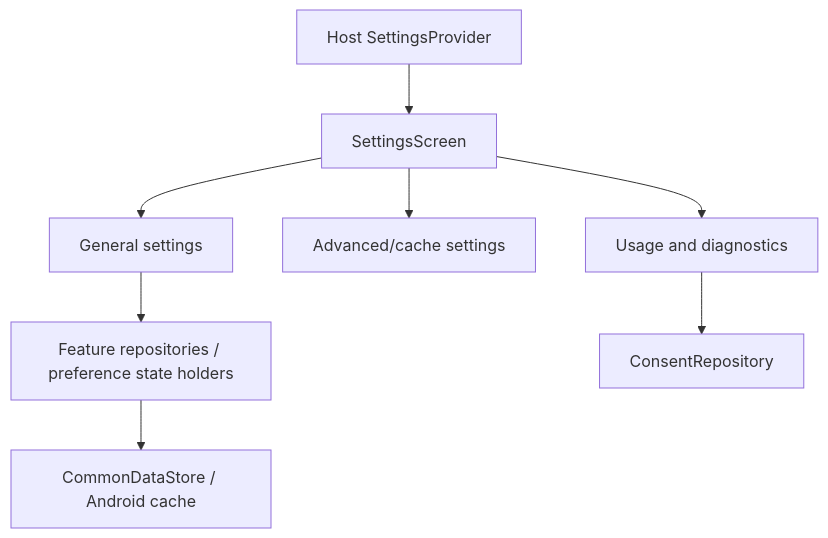
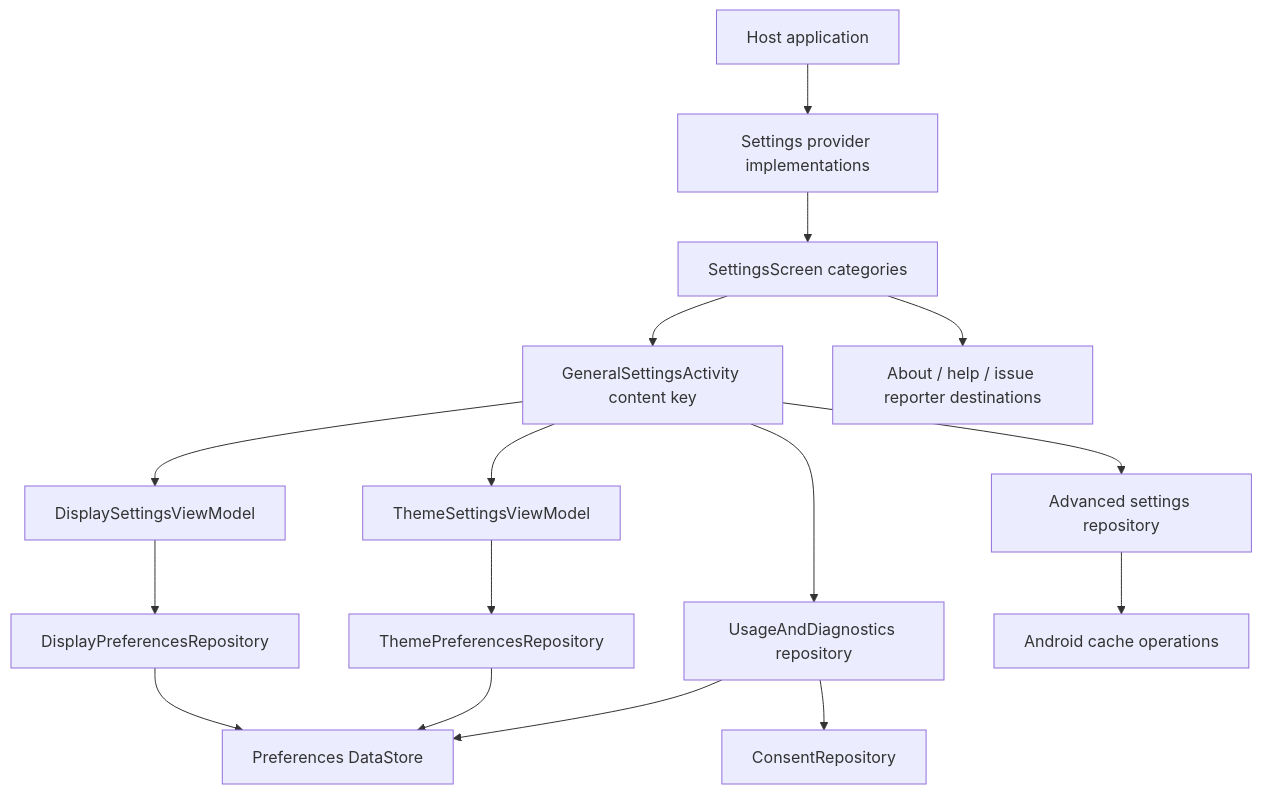
The diagram in library/feature/settings/README.md (MihaiCristianCondrea/App-Toolkit-for-Android), drawn with Mermaid before and after one commit. The commit also changed other lines of this file and 57 other files, not shown here.

````diff
--- a/library/feature/settings/README.md
+++ b/library/feature/settings/README.md
@@ -44,10 +44,18 @@
 ```mermaid
 flowchart TD
-    Provider[Host SettingsProvider] --> Root[SettingsScreen]
-    Root --> General[General settings]
-    Root --> Advanced[Advanced/cache settings]
-    Root --> Diagnostics[Usage and diagnostics]
-    General --> Repos[Feature repositories / preference state holders]
+    Host[Host application] --> Providers[Settings provider implementations]
+    Providers --> Root[SettingsScreen categories]
+    Root --> General[GeneralSettingsActivity content key]
+    General --> Display[DisplaySettingsViewModel]
+    General --> Theme[ThemeSettingsViewModel]
+    General --> Advanced[Advanced settings repository]
+    General --> Diagnostics[UsageAndDiagnostics repository]
+    Display --> DisplayRepo[DisplayPreferencesRepository]
+    Theme --> ThemeRepo[ThemePreferencesRepository]
+    DisplayRepo --> Store[Preferences DataStore]
+    ThemeRepo --> Store
+    Advanced --> Cache[Android cache operations]
+    Diagnostics --> Store
     Diagnostics --> Consent[ConsentRepository]
-    Repos --> Store[CommonDataStore / Android cache]
+    Root --> Related[About / help / issue reporter destinations]
 ```
````
